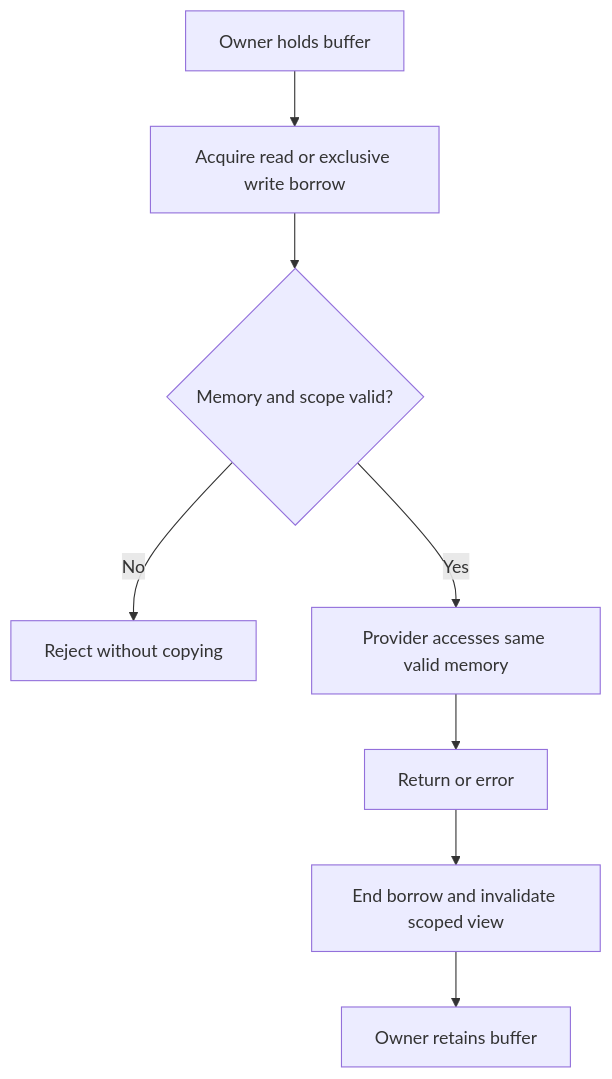
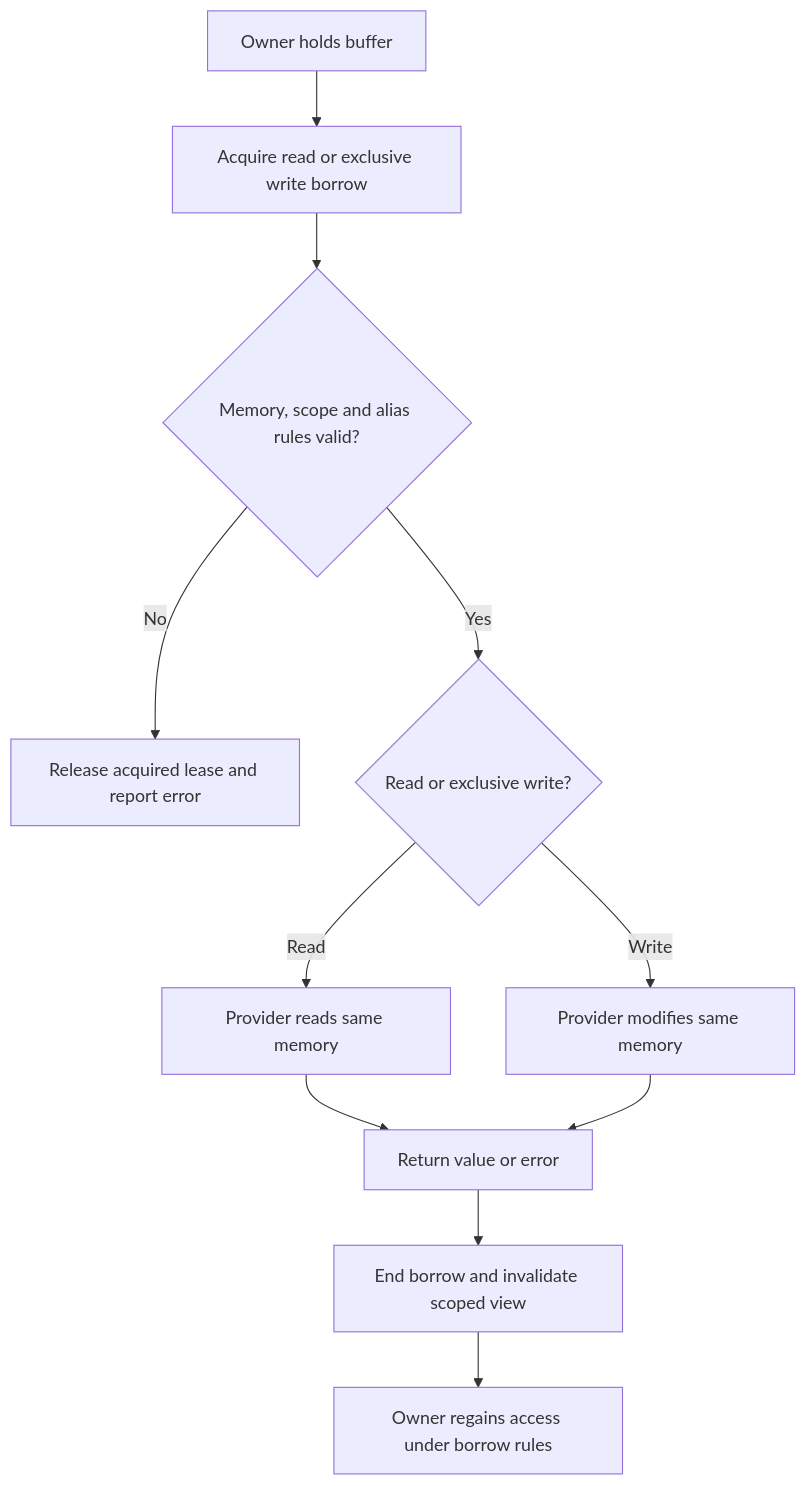
Diagram 21 of 39 in PROJECT.md (polyglue/polyglue), drawn with Mermaid before and after one commit. The commit also changed other lines of this file and 2 other files, not shown here.

````diff
--- a/PROJECT.md
+++ b/PROJECT.md
@@ -2548,10 +2554,13 @@
 ```mermaid
 flowchart TD
     A["Owner holds buffer"] --> B["Acquire read or exclusive write borrow"]
-    B --> C{"Memory and scope valid?"}
-    C -->|No| X["Reject without copying"]
-    C -->|Yes| D["Provider accesses same valid memory"]
-    D --> E["Return or error"]
+    B --> C{"Memory, scope and alias rules valid?"}
+    C -->|No| X["Release acquired lease and report error"]
+    C -->|Yes| D{"Read or exclusive write?"}
+    D -->|Read| R["Provider reads same memory"]
+    D -->|Write| W["Provider modifies same memory"]
+    R --> E["Return value or error"]
+    W --> E
     E --> F["End borrow and invalidate scoped view"]
-    F --> G["Owner retains buffer"]
+    F --> G["Owner regains access under borrow rules"]
 ```
````
